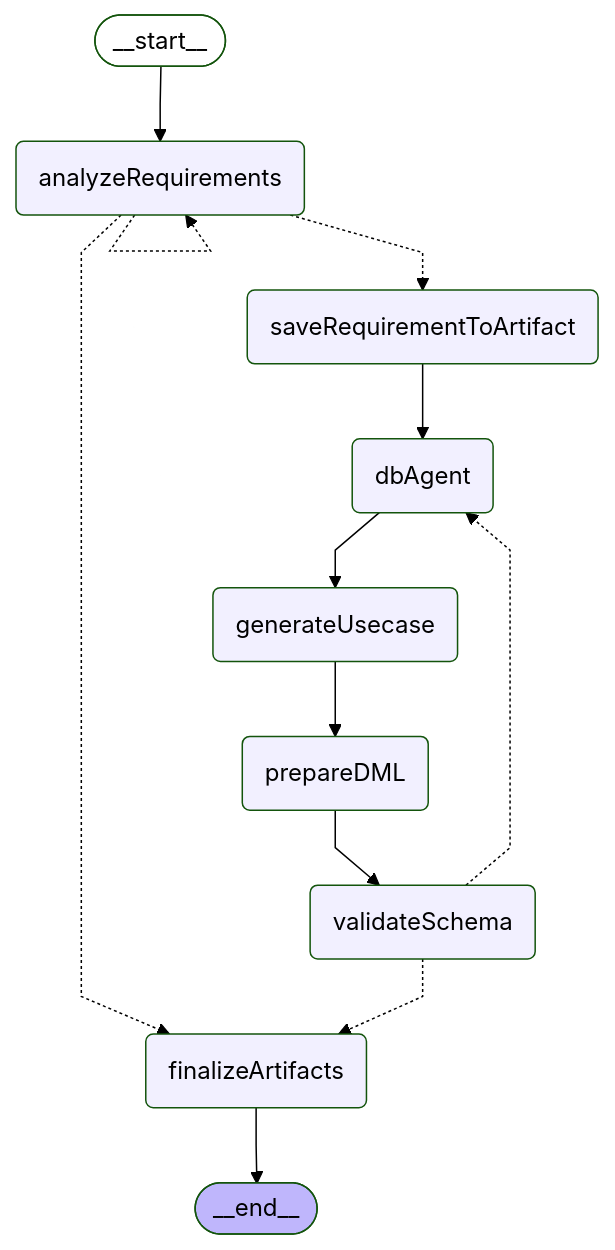
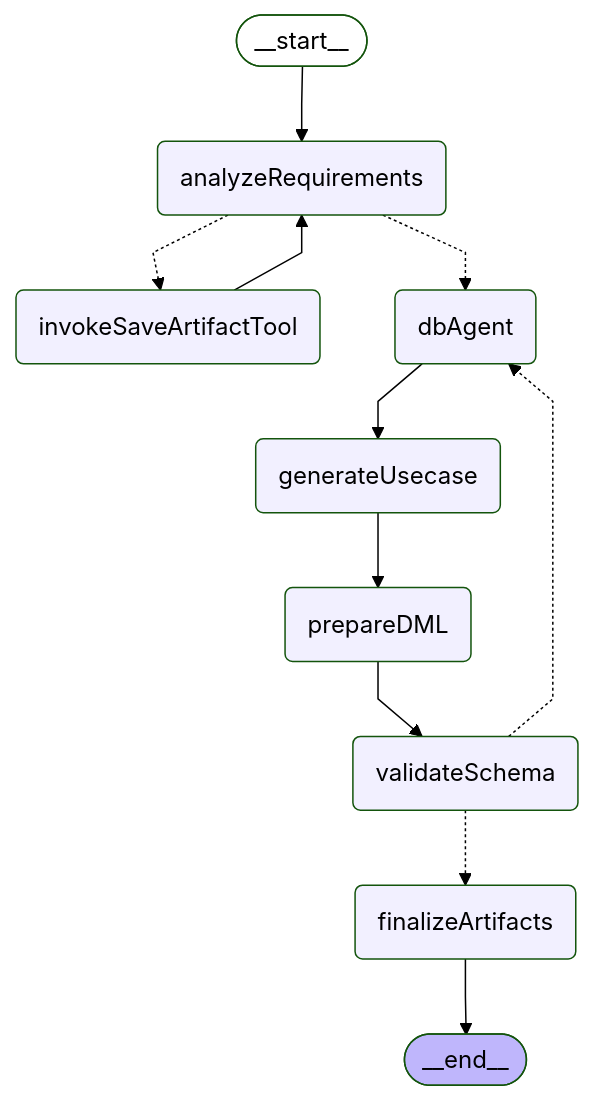
The first of 2 diagrams in frontend/internal-packages/agent/src/chat/workflow/README.md (yzkee/liam), drawn with Mermaid (forest theme) before and after one commit. The commit also changed 11 other files, not shown here.

First line of the commit message:
refactor: reorganize PM Analysis Agent to use tool-based approach

````diff
--- a/frontend/internal-packages/agent/src/chat/workflow/README.md
+++ b/frontend/internal-packages/agent/src/chat/workflow/README.md
@@ -7,27 +7,26 @@
 ```mermaid
 %%{init: {'flowchart': {'curve': 'linear'}}}%%
 graph TD;
 	__start__([<p>__start__</p>]):::first
 	analyzeRequirements(analyzeRequirements)
-	saveRequirementToArtifact(saveRequirementToArtifact)
+	invokeSaveArtifactTool(invokeSaveArtifactTool)
 	dbAgent(dbAgent)
 	generateUsecase(generateUsecase)
 	prepareDML(prepareDML)
 	validateSchema(validateSchema)
 	finalizeArtifacts(finalizeArtifacts)
 	__end__([<p>__end__</p>]):::last
 	__start__ --> analyzeRequirements;
 	dbAgent --> generateUsecase;
 	finalizeArtifacts --> __end__;
 	generateUsecase --> prepareDML;
+	invokeSaveArtifactTool --> analyzeRequirements;
 	prepareDML --> validateSchema;
-	saveRequirementToArtifact --> dbAgent;
-	analyzeRequirements -.-> saveRequirementToArtifact;
-	analyzeRequirements -.-> finalizeArtifacts;
+	analyzeRequirements -.-> invokeSaveArtifactTool;
+	analyzeRequirements -.-> dbAgent;
 	validateSchema -.-> dbAgent;
 	validateSchema -.-> finalizeArtifacts;
-	analyzeRequirements -.-> analyzeRequirements;
 	classDef default fill:#f2f0ff,line-height:1.2;
 	classDef first fill-opacity:0;
 	classDef last fill:#bfb6fc;
 ```
````
